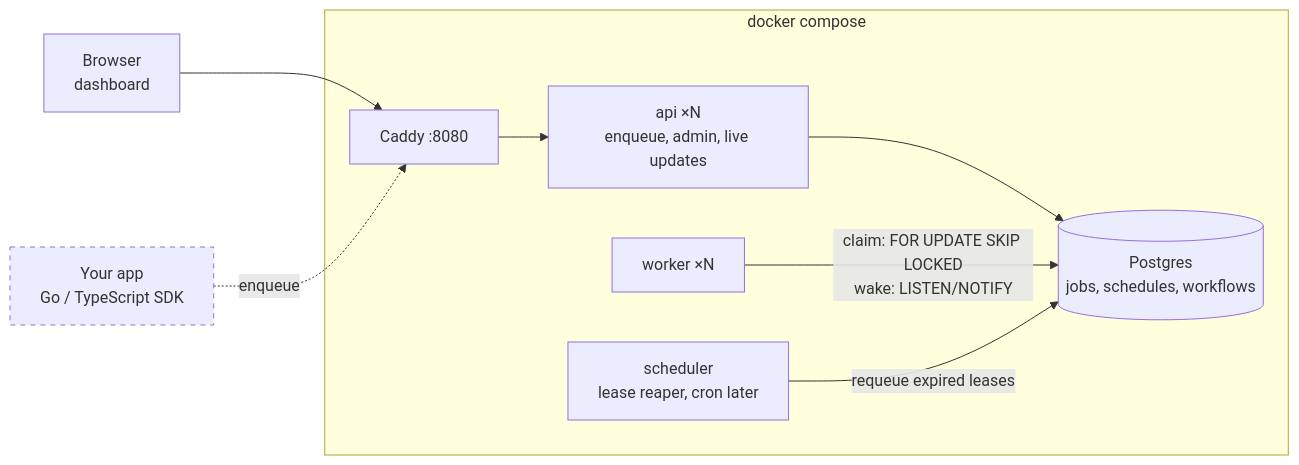
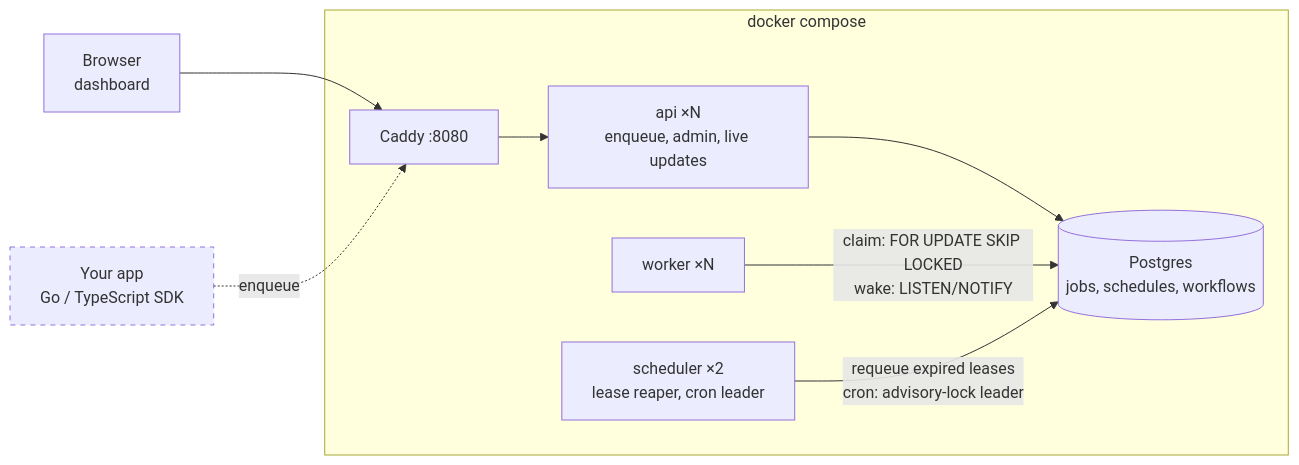
Before and after one commit to gonzalo-gigena/job-queue: the diagram in README.md, drawn with Mermaid. The commit also changed other lines of this file and 11 other files, not shown here.

Commit message:
Phase 3: cron schedules with advisory-lock leader election (#9)

````diff
--- a/README.md
+++ b/README.md
@@ -103,20 +124,20 @@
 ```mermaid
 flowchart LR
   browser["Browser<br/>dashboard"]
   app["Your app<br/>Go / TypeScript SDK"]
   subgraph stack["docker compose"]
     caddy["Caddy :8080"]
     api["api ×N<br/>enqueue, admin, live updates"]
     worker["worker ×N"]
-    sched["scheduler<br/>lease reaper, cron later"]
+    sched["scheduler ×2<br/>lease reaper, cron leader"]
     db[("Postgres<br/>jobs, schedules, workflows")]
   end
   browser --> caddy
   app -.->|"enqueue"| caddy
   caddy --> api
   api --> db
   worker -->|"claim: FOR UPDATE SKIP LOCKED<br/>wake: LISTEN/NOTIFY"| db
-  sched -->|"requeue expired leases"| db
+  sched -->|"requeue expired leases<br/>cron: advisory-lock leader"| db
   class app planned
   classDef planned stroke-dasharray: 5 5
 ```
````
